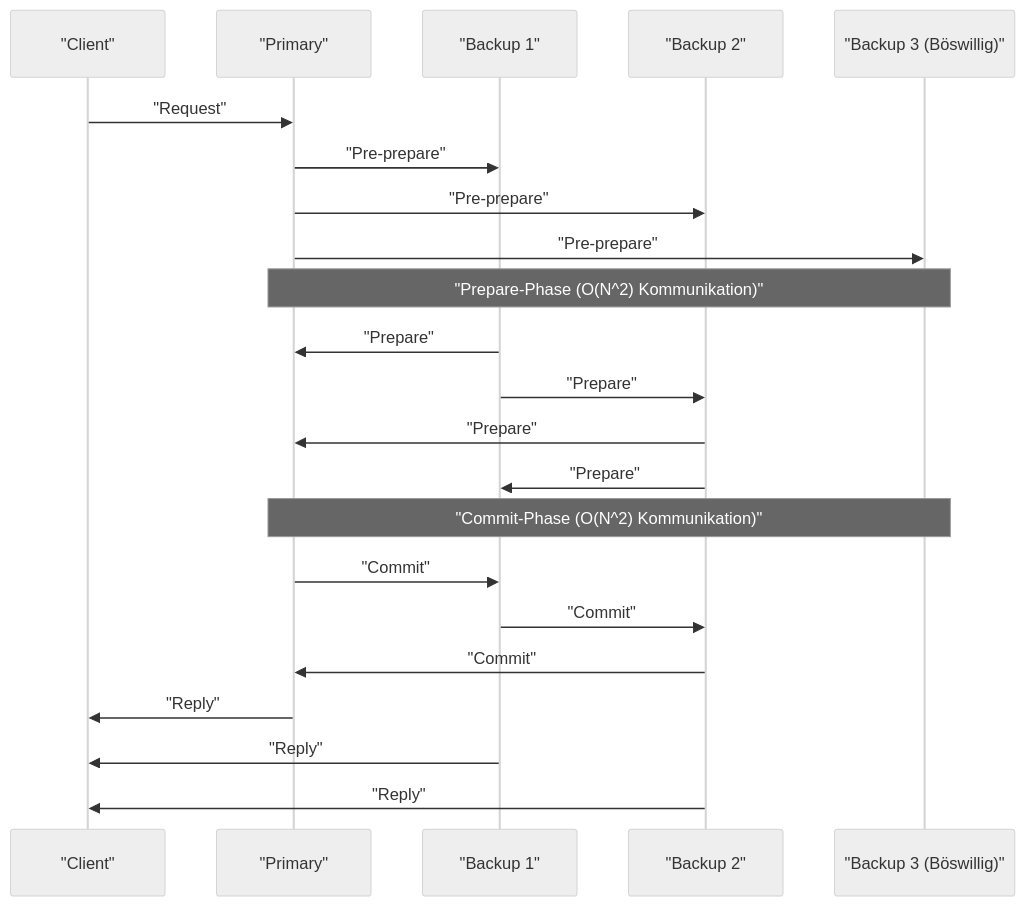
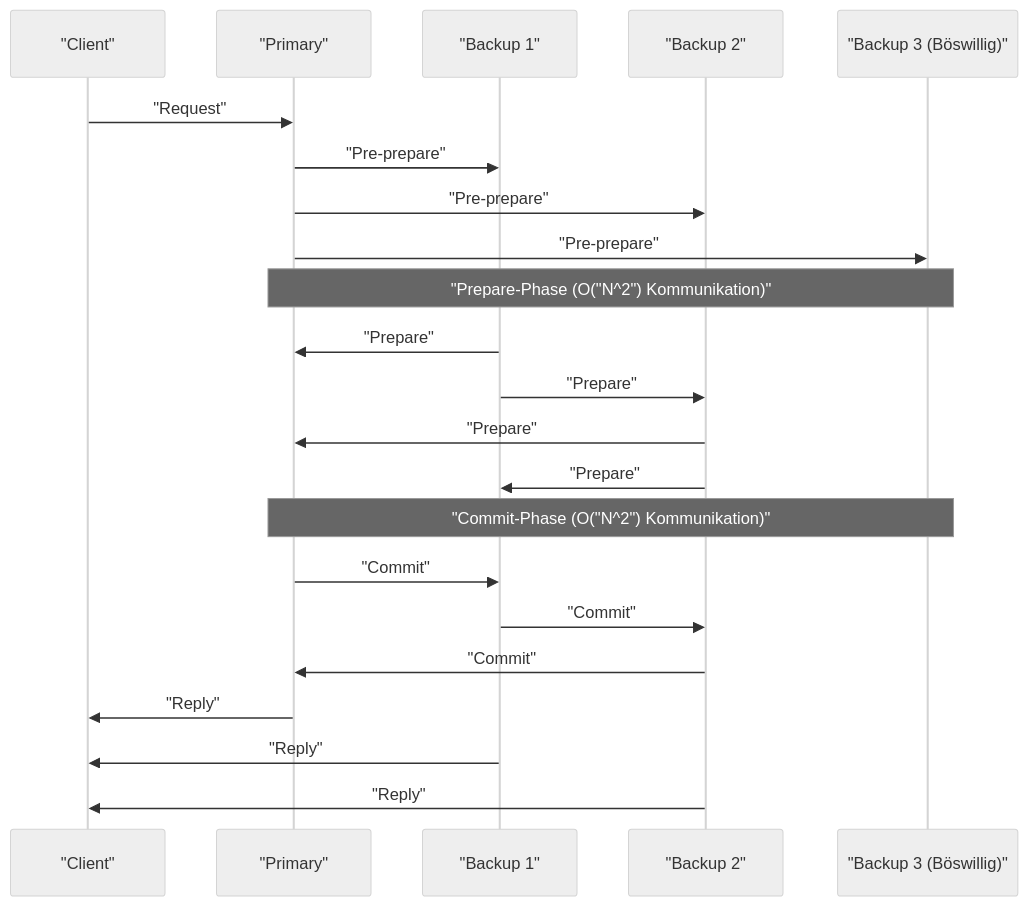
Before and after one commit to kenjinote/blog: the third of 3 diagrams in content/post/byzantine-generals-problem-consensus/index.de.md, drawn with Mermaid (neutral theme). The commit also changed 929 other files, not shown here.

Commit message:
fix: Add double quotes to all Mermaid node texts to resolve syntax errors

````diff
--- a/content/post/byzantine-generals-problem-consensus/index.de.md
+++ b/content/post/byzantine-generals-problem-consensus/index.de.md
@@ -242,28 +242,28 @@
 ```mermaid
 sequenceDiagram
     participant C as "Client"
     participant P as "Primary"
     participant B1 as "Backup 1"
     participant B2 as "Backup 2"
     participant B3 as "Backup 3 (Böswillig)"
 
     C->>P: "Request"
     P->>B1: "Pre-prepare"
     P->>B2: "Pre-prepare"
     P->>B3: "Pre-prepare"
     
-    Note over P,B3: "Prepare-Phase (O(N^2) Kommunikation)"
+    Note over P,B3: "Prepare-Phase (O("N^2") Kommunikation)"
     B1->>P: "Prepare"
     B1->>B2: "Prepare"
     B2->>P: "Prepare"
     B2->>B1: "Prepare"
     
-    Note over P,B3: "Commit-Phase (O(N^2) Kommunikation)"
+    Note over P,B3: "Commit-Phase (O("N^2") Kommunikation)"
     P->>B1: "Commit"
     B1->>B2: "Commit"
     B2->>P: "Commit"
     
     P->>C: "Reply"
     B1->>C: "Reply"
     B2->>C: "Reply"
 ```
````
